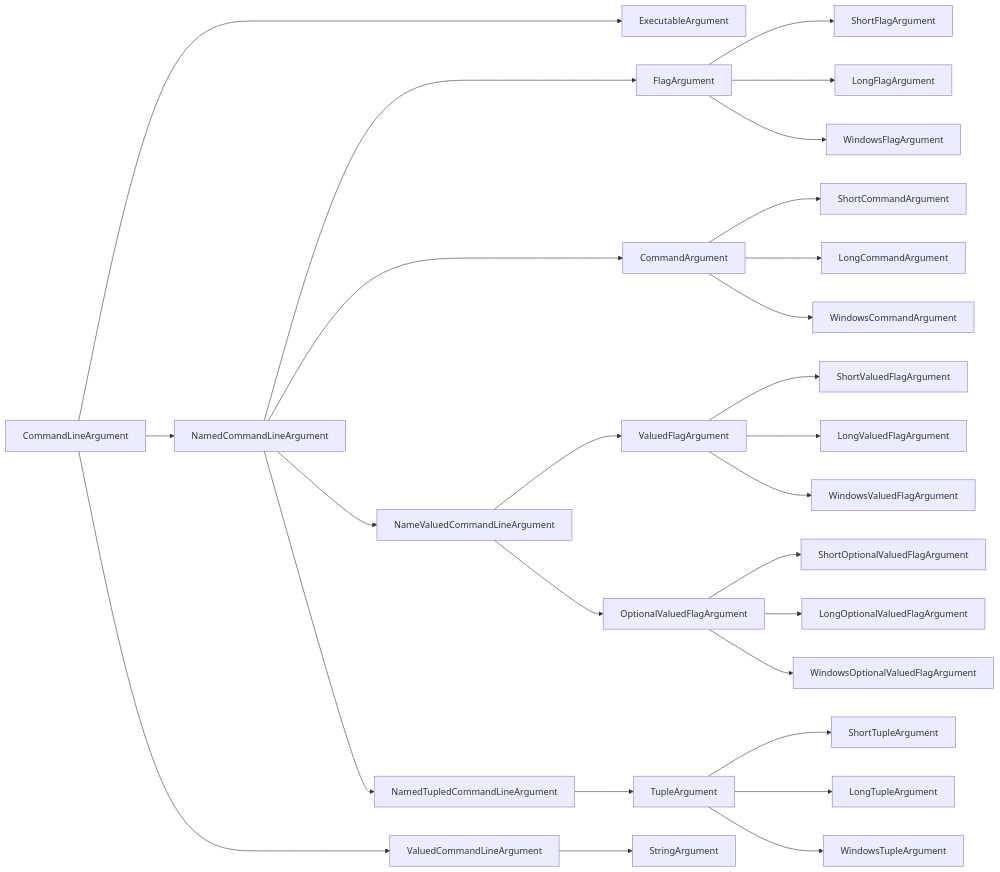
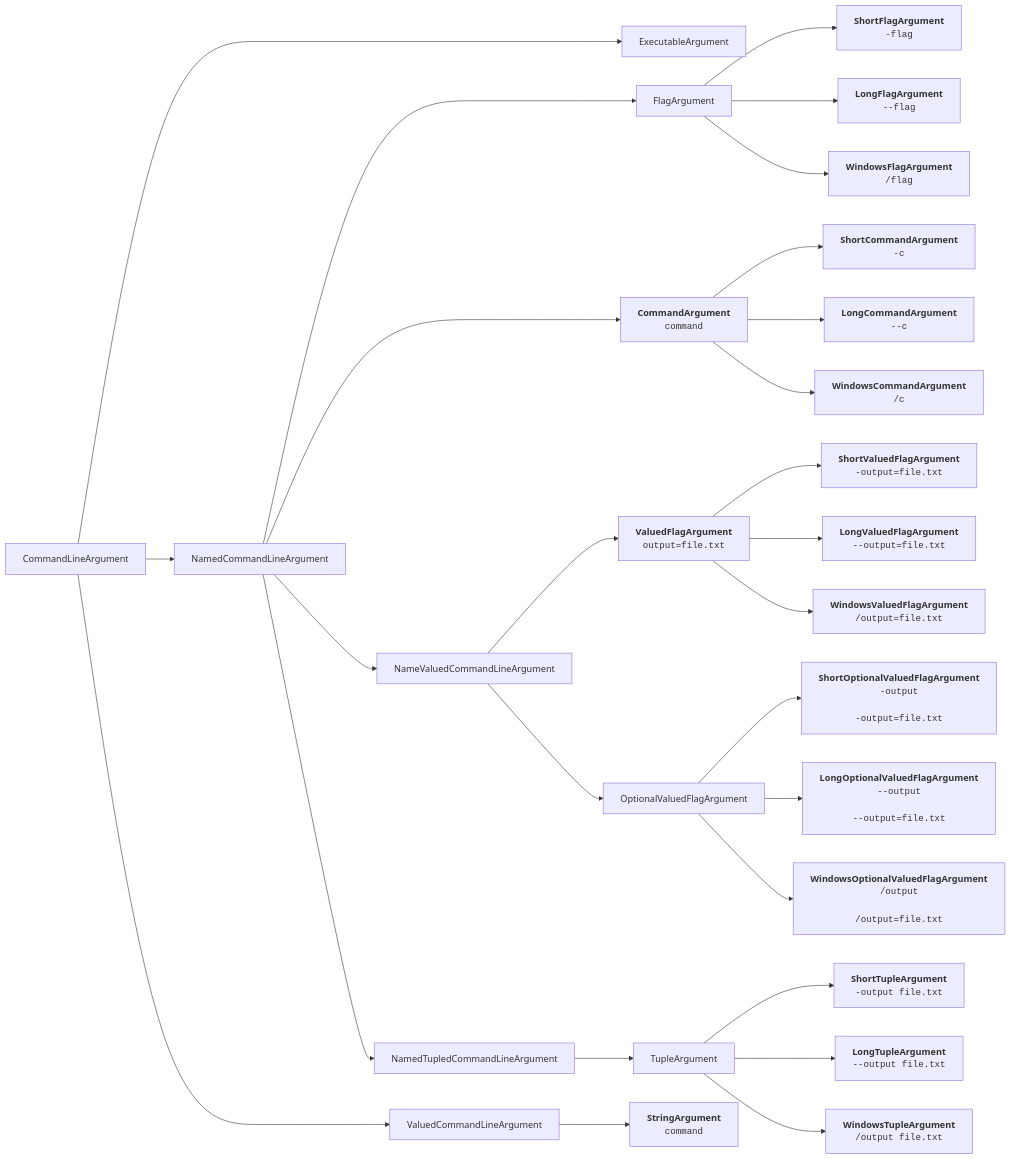
One commit to pyTooling/pyTooling.CLIAbstraction changed the diagram in doc/Arguments.rst. Above: the diagram before and after it, drawn with Mermaid.

Commit message:
Added examples into diagram.

```diff
--- a/doc/Arguments.rst
+++ b/doc/Arguments.rst
@@ -4,29 +4,29 @@
 .. mermaid::
 
    graph LR;
      CLA[CommandLineArgument] ----> EA[ExecutableArgument];
      CLA --> NCLA[NamedCommandLineArgument];
      NCLA ---> FA[FlagArgument];
-     FA --> SFA[ShortFlagArgument];
-     FA --> LFA[LongFlagArgument];
-     FA --> WFA[WindowsFlagArgument];
+     FA --> SFA["<b>ShortFlagArgument</b><br/><div style='font-family: monospace'>-flag</div>"];
+     FA --> LFA["<b>LongFlagArgument</b><br/><div style='font-family: monospace'>--flag</div>"];
+     FA --> WFA["<b>WindowsFlagArgument</b><br/><div style='font-family: monospace'>/flag</div>"];
      CLA ---> VCLA[ValuedCommandLineArgument];
-     VCLA --> SA[StringArgument];
-     NCLA ---> CA[CommandArgument];
-     CA --> SCA[ShortCommandArgument];
-     CA --> LCA[LongCommandArgument];
-     CA --> WCA[WindowsCommandArgument];
+     VCLA --> SA["<b>StringArgument</b><br/><div style='font-family: monospace'>command</div>"];
+     NCLA ---> CA["<b>CommandArgument</b><br/><div style='font-family: monospace'>command</div>"];
+     CA --> SCA["<b>ShortCommandArgument</b><br/><div style='font-family: monospace'>-c</div>"];
+     CA --> LCA["<b>LongCommandArgument</b><br/><div style='font-family: monospace'>--c</div>"];
+     CA --> WCA["<b>WindowsCommandArgument</b><br/><div style='font-family: monospace'>/c</div>"];
      NCLA --> NVCLA[NameValuedCommandLineArgument];
-     NVCLA --> VFA[ValuedFlagArgument];
-     VFA --> SVFA[ShortValuedFlagArgument];
-     VFA --> LVFA[LongValuedFlagArgument];
-     VFA --> WVFA[WindowsValuedFlagArgument];
+     NVCLA --> VFA["<b>ValuedFlagArgument</b><br/><div style='font-family: monospace'>output=file.txt</div>"];
+     VFA --> SVFA["<b>ShortValuedFlagArgument</b><br/><div style='font-family: monospace'>-output=file.txt</div>"];
+     VFA --> LVFA["<b>LongValuedFlagArgument</b><br/><div style='font-family: monospace'>--output=file.txt</div>"];
+     VFA --> WVFA["<b>WindowsValuedFlagArgument</b><br/><div style='font-family: monospace'>/output=file.txt</div>"];
      NVCLA --> OVFA[OptionalValuedFlagArgument];
-     OVFA --> SOVFA[ShortOptionalValuedFlagArgument];
-     OVFA --> LOVFA[LongOptionalValuedFlagArgument];
-     OVFA --> WOVFA[WindowsOptionalValuedFlagArgument];
+     OVFA --> SOVFA["<b>ShortOptionalValuedFlagArgument</b><br/><div style='font-family: monospace'>-output</div><br/><div style='font-family: monospace'>-output=file.txt</div>"];
+     OVFA --> LOVFA["<b>LongOptionalValuedFlagArgument</b><br/><div style='font-family: monospace'>--output</div><br/><div style='font-family: monospace'>--output=file.txt</div>"];
+     OVFA --> WOVFA["<b>WindowsOptionalValuedFlagArgument</b><br/><div style='font-family: monospace'>/output</div><br/><div style='font-family: monospace'>/output=file.txt</div>"];
      NCLA --> NTCLA[NamedTupledCommandLineArgument];
      NTCLA --> TA[TupleArgument];
-     TA --> STA[ShortTupleArgument];
-     TA --> LTA[LongTupleArgument];
-     TA --> WTA[WindowsTupleArgument];
+     TA --> STA["<b>ShortTupleArgument</b><br/><div style='font-family: monospace'>-output file.txt</div>"];
+     TA --> LTA["<b>LongTupleArgument</b><br/><div style='font-family: monospace'>--output file.txt</div>"];
+     TA --> WTA["<b>WindowsTupleArgument</b><br/><div style='font-family: monospace'>/output file.txt</div>"];
```
